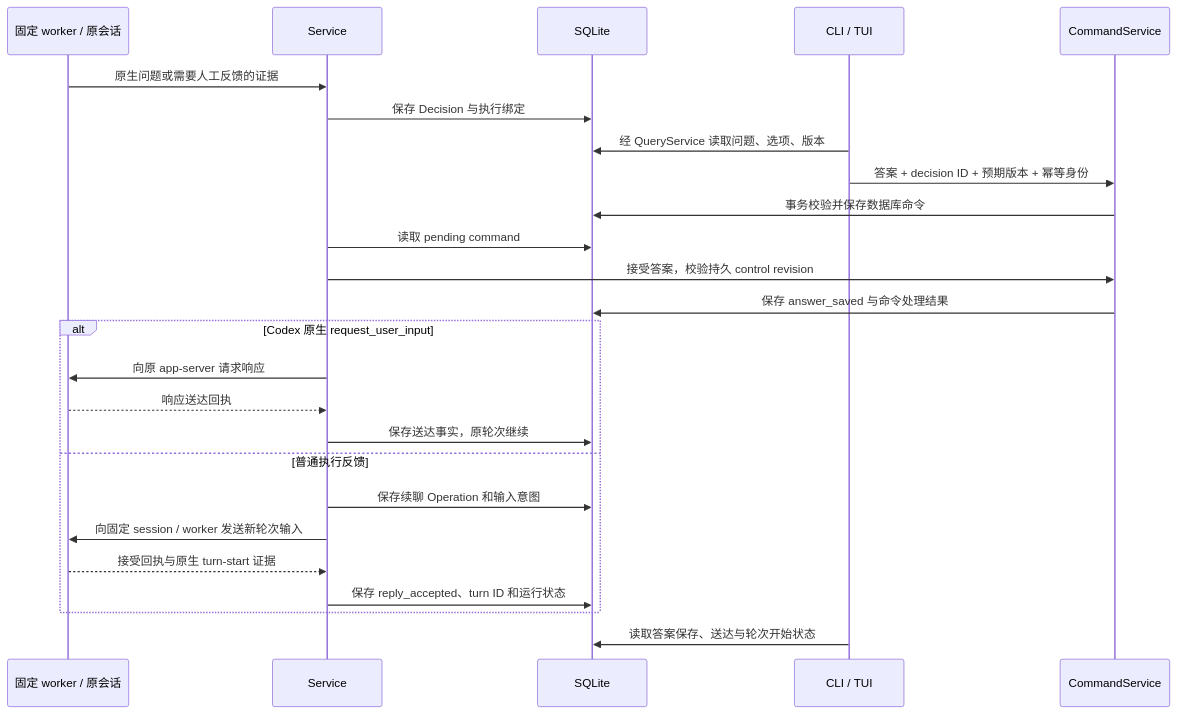
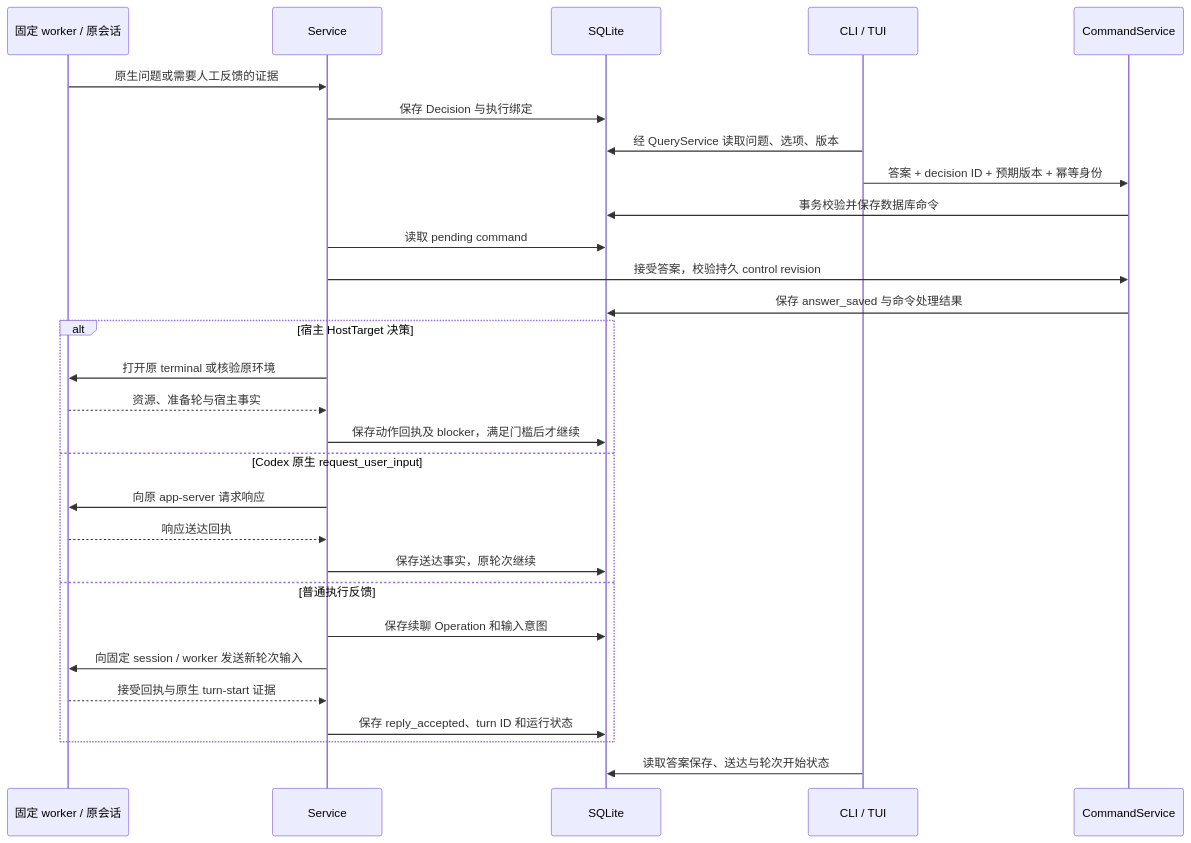
Before and after one commit to erranliu/SteerLine: the sixth of 8 diagrams in docs/architecture/current-code-architecture.md, drawn with Mermaid. The commit also changed other lines of this file and 5 other files, not shown here.

````diff
--- a/docs/architecture/current-code-architecture.md
+++ b/docs/architecture/current-code-architecture.md
@@ -237,28 +281,32 @@
 ```mermaid
 sequenceDiagram
     participant W as 固定 worker / 原会话
     participant S as Service
     participant DB as SQLite
     participant UI as CLI / TUI
     participant C as CommandService
 
     W->>S: 原生问题或需要人工反馈的证据
     S->>DB: 保存 Decision 与执行绑定
     UI->>DB: 经 QueryService 读取问题、选项、版本
     UI->>C: 答案 + decision ID + 预期版本 + 幂等身份
     C->>DB: 事务校验并保存数据库命令
     S->>DB: 读取 pending command
     S->>C: 接受答案，校验持久 control revision
     C->>DB: 保存 answer_saved 与命令处理结果
-    alt Codex 原生 request_user_input
+    alt 宿主 HostTarget 决策
+        S->>W: 打开原 terminal 或核验原环境
+        W-->>S: 资源、准备轮与宿主事实
+        S->>DB: 保存动作回执及 blocker，满足门槛后才继续
+    else Codex 原生 request_user_input
         S->>W: 向原 app-server 请求响应
         W-->>S: 响应送达回执
         S->>DB: 保存送达事实，原轮次继续
     else 普通执行反馈
         S->>DB: 保存续聊 Operation 和输入意图
         S->>W: 向固定 session / worker 发送新轮次输入
         W-->>S: 接受回执与原生 turn-start 证据
         S->>DB: 保存 reply_accepted、turn ID 和运行状态
     end
     UI->>DB: 读取答案保存、送达与轮次开始状态
 ```
````
